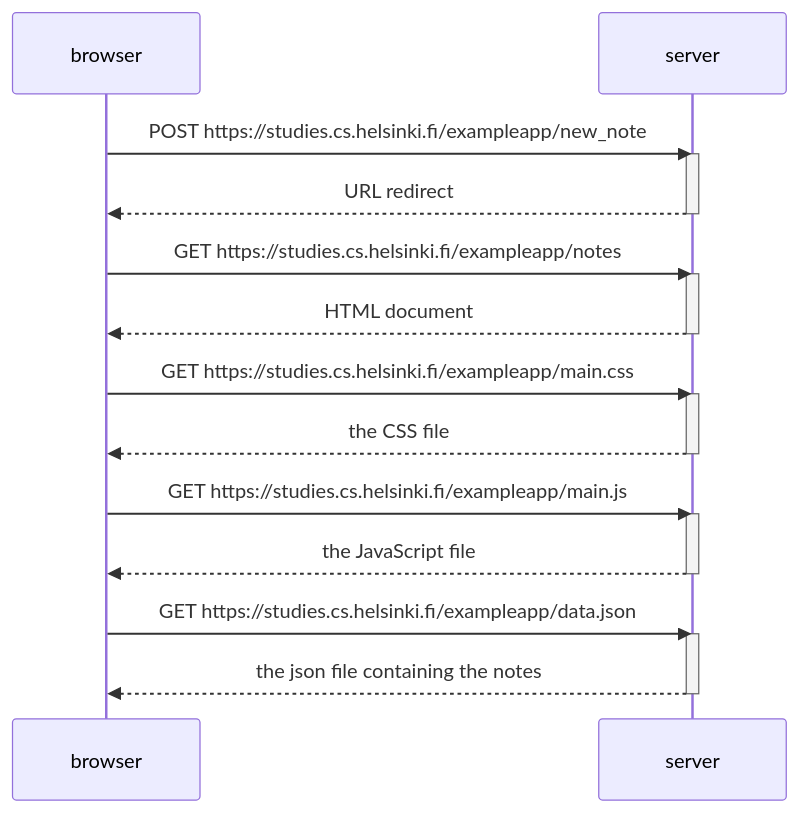
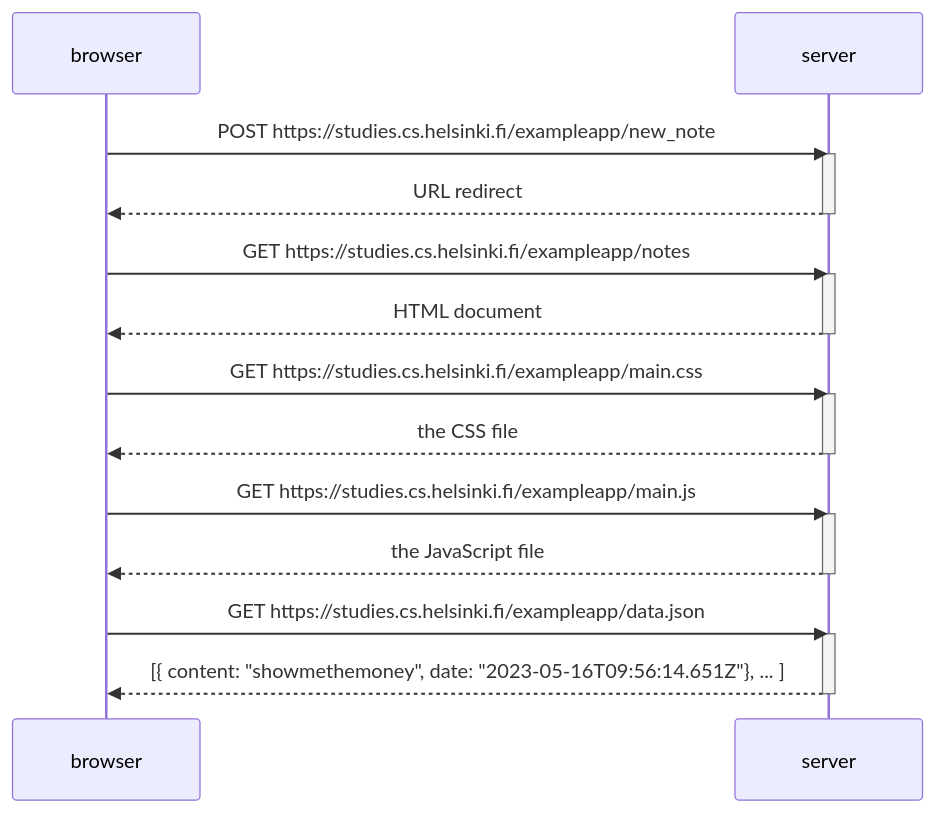
Before and after one commit to GrandeJames/fullstackopen: the diagram in part0/0.4_NewNoteDiagram.md, drawn with Mermaid.

````diff
--- a/part0/0.4_NewNoteDiagram.md
+++ b/part0/0.4_NewNoteDiagram.md
@@ -1,30 +1,30 @@
 ```mermaid
 sequenceDiagram
     participant browser
     participant server
 
     browser->>server: POST https://studies.cs.helsinki.fi/exampleapp/new_note 
     activate server
     server-->>browser: URL redirect
     deactivate server
 
     browser->>server: GET https://studies.cs.helsinki.fi/exampleapp/notes
     activate server
     server-->>browser: HTML document
     deactivate server
 
     browser->>server: GET https://studies.cs.helsinki.fi/exampleapp/main.css
     activate server
     server-->>browser: the CSS file
     deactivate server
     
     browser->>server: GET https://studies.cs.helsinki.fi/exampleapp/main.js
     activate server
     server-->>browser: the JavaScript file
     deactivate server
 
     browser->>server: GET https://studies.cs.helsinki.fi/exampleapp/data.json 
     activate server
-    server-->>browser: the json file containing the notes
+    server-->>browser: [{ content: "showmethemoney", date: "2023-05-16T09:56:14.651Z"}, ... ]
     deactivate server
 ```
````
